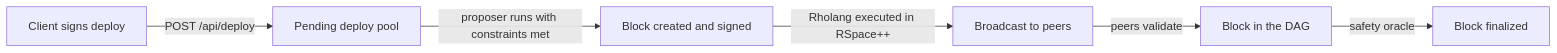
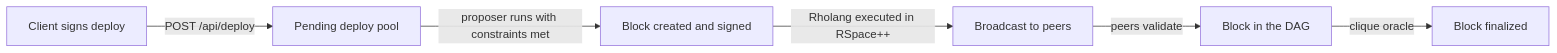
The second of 2 diagrams in architecture/data-flow/index.md (asi-alliance/asi-chain-docs-portal), drawn with Mermaid before and after one commit. The commit also changed other lines of this file and 16 other files, not shown here.

````diff
--- a/architecture/data-flow/index.md
+++ b/architecture/data-flow/index.md
@@ -23,8 +23,8 @@
 ```mermaid
 flowchart LR
   Client[Client signs deploy] -->|POST /api/deploy| Pool[Pending deploy pool]
   Pool -->|proposer runs with constraints met| Block[Block created and signed]
   Block -->|Rholang executed in RSpace++| Broadcast[Broadcast to peers]
   Broadcast -->|peers validate| DAG[Block in the DAG]
-  DAG -->|safety oracle| Final[Block finalized]
+  DAG -->|clique oracle| Final[Block finalized]
 ```
````
